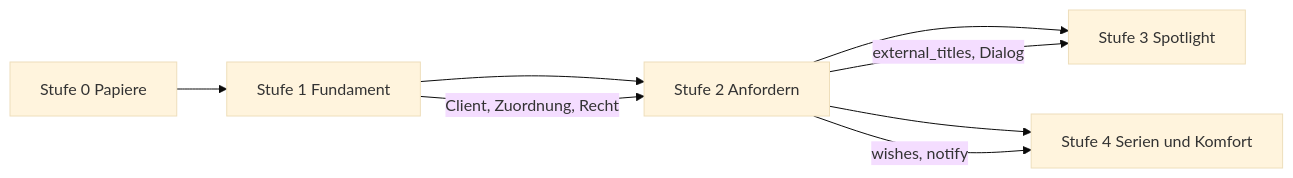
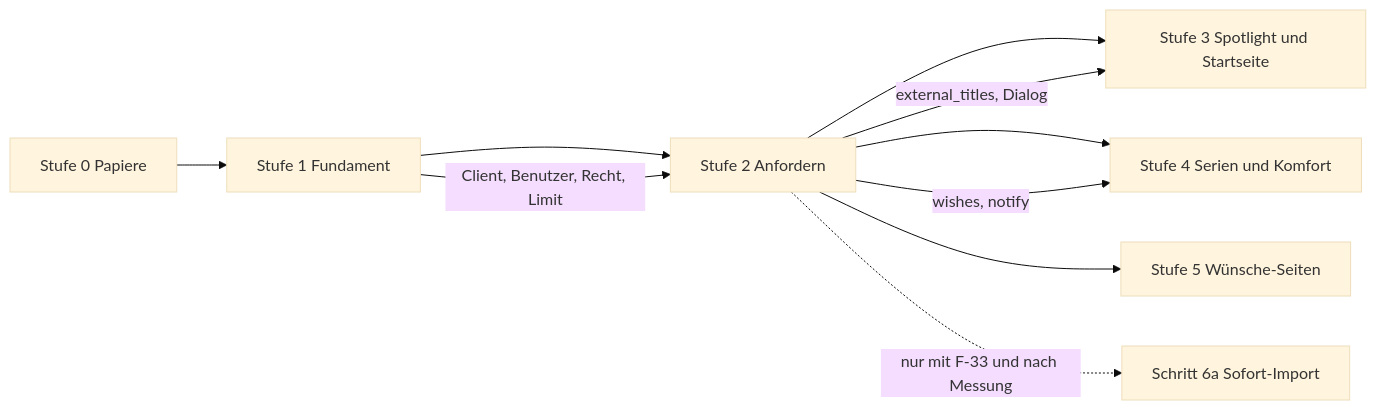
Before and after one commit to SlouchCat/slouchcat: the diagram in docs/planning/25-medienwuensche/09-umsetzungsplan.md, drawn with Mermaid (base theme). The commit also changed other lines of this file and 33 other files, not shown here.

````diff
--- a/docs/planning/25-medienwuensche/09-umsetzungsplan.md
+++ b/docs/planning/25-medienwuensche/09-umsetzungsplan.md
@@ -177,10 +273,12 @@
 ```mermaid
 flowchart LR
   S0["Stufe 0 Papiere"] --> S1["Stufe 1 Fundament"]
   S1 --> S2["Stufe 2 Anfordern"]
-  S2 --> S3["Stufe 3 Spotlight"]
+  S2 --> S3["Stufe 3 Spotlight und Startseite"]
   S2 --> S4["Stufe 4 Serien und Komfort"]
-  S1 -->|"Client, Zuordnung, Recht"| S2
+  S1 -->|"Client, Benutzer, Recht, Limit"| S2
   S2 -->|"external_titles, Dialog"| S3
   S2 -->|"wishes, notify"| S4
+  S2 --> S5["Stufe 5 Wünsche-Seiten"]
+  S2 -.->|"nur mit F-33 und nach Messung"| S6a["Schritt 6a Sofort-Import"]
 ```
````
